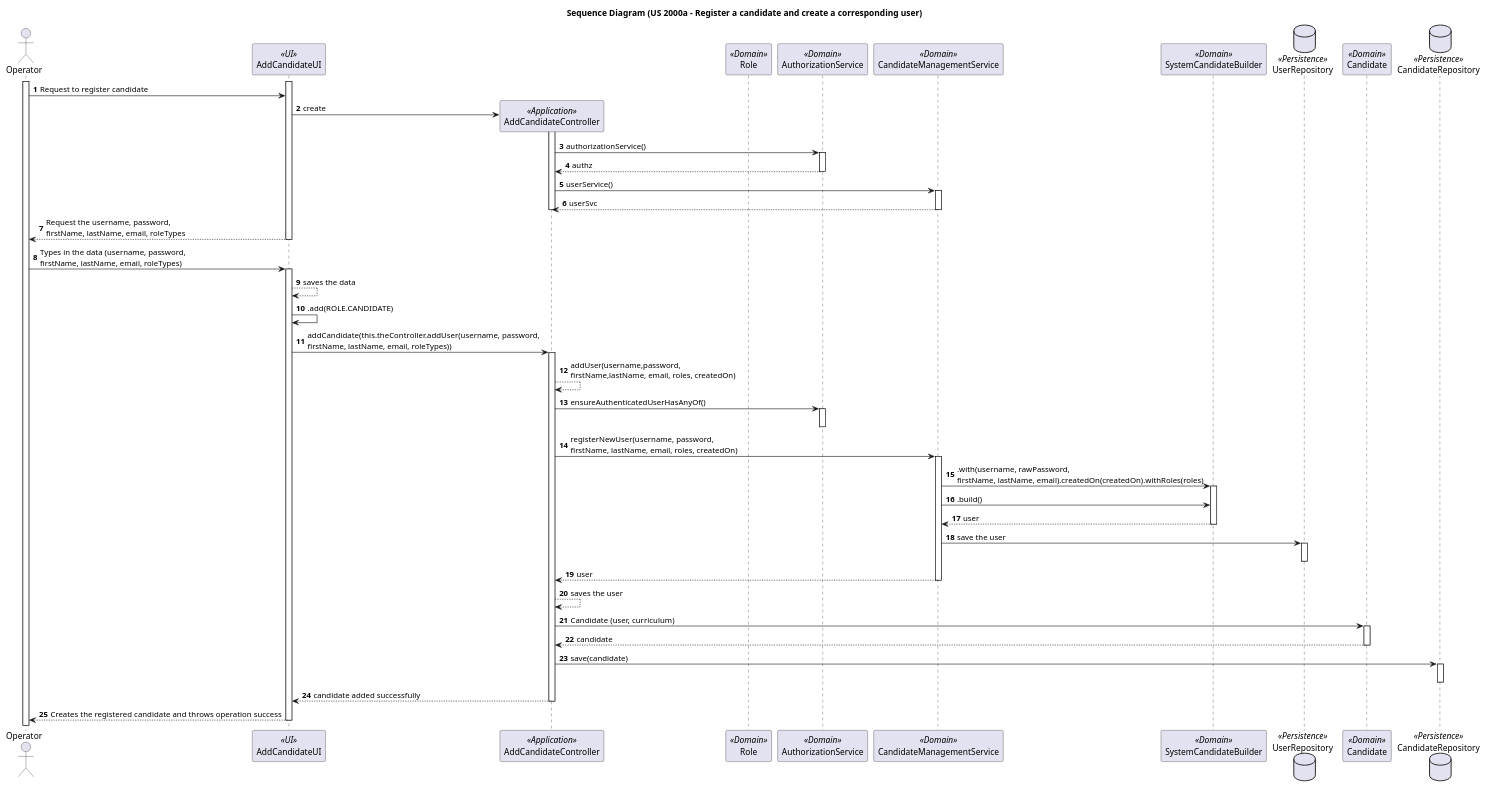
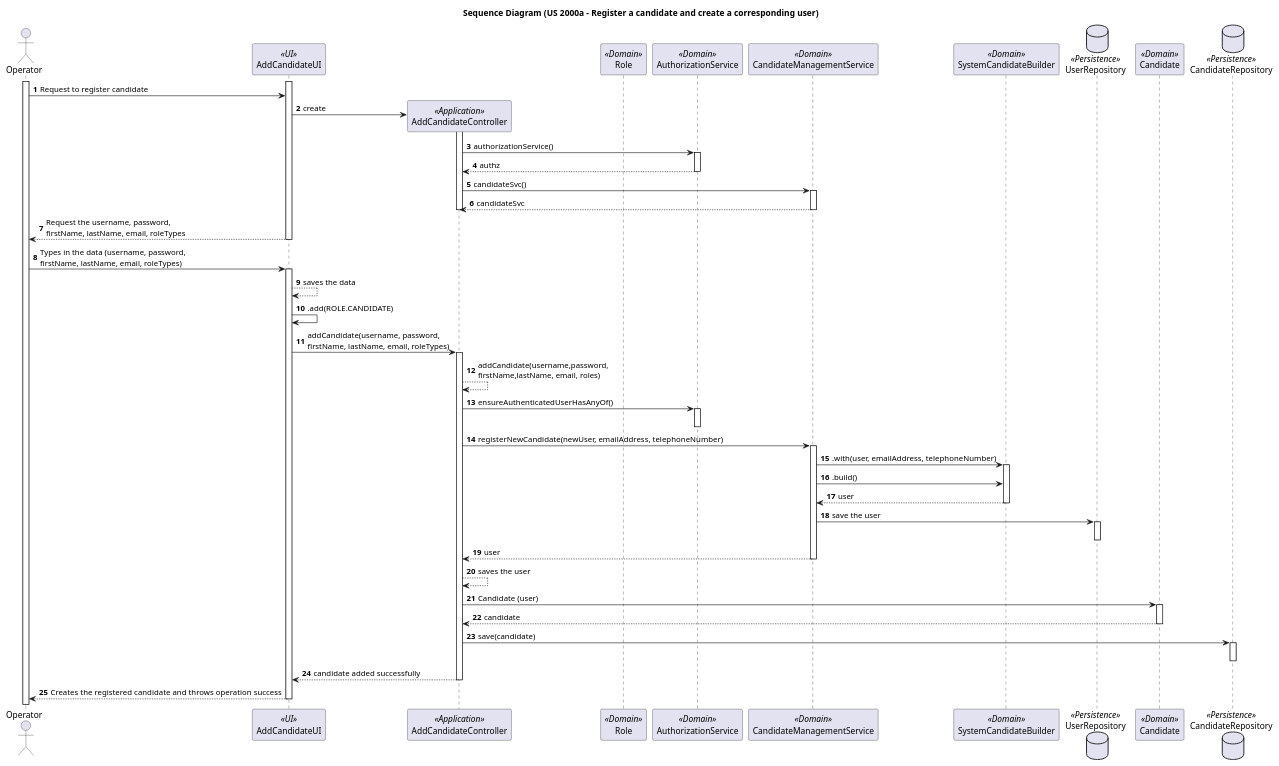
One commit to marcoferreira37/Lapr4 changed the diagram in docs/sprintB/2000a/puml/2000a-sequence-diagram.puml. Above: the diagram before and after it, drawn with PlantUML. The commit also changed 8 other files, not shown here.

Commit message:
#37 sequence diagram done for 2000b (changes yet to be done)

```diff
--- a/docs/sprintB/2000a/puml/2000a-sequence-diagram.puml
+++ b/docs/sprintB/2000a/puml/2000a-sequence-diagram.puml
@@ -1,69 +1,69 @@
 @startuml
 title Sequence Diagram (US 2000a - Register a candidate and create a corresponding user)
 
 autonumber
 actor Operator as Operator
 participant AddCandidateUI as UI <<UI>>
 participant AddCandidateController as CTRL <<Application>>
 participant Role as Role <<Domain>>
 participant AuthorizationService as AS <<Domain>>
 participant CandidateManagementService as UMS <<Domain>>
 participant SystemCandidateBuilder as SUB <<Domain>>
 database UserRepository as URepo <<Persistence>>
 participant Candidate as C <<Domain>>
 database CandidateRepository as CRepo <<Persistence>>
 
 
 activate Operator
 activate UI
 Operator -> UI: Request to register candidate
 
 UI -> CTRL**:create
 activate CTRL
 CTRL -> AS : authorizationService()
 activate AS
 AS --> CTRL: authz
 deactivate AS
-CTRL-> UMS : userService()
+CTRL-> UMS : candidateSvc()
 activate UMS
-UMS-->CTRL: userSvc
+UMS-->CTRL: candidateSvc
 deactivate UMS
 deactivate CTRL
 UI --> Operator: Request the username, password, \nfirstName, lastName, email, roleTypes
 deactivate UI
 Operator -> UI: Types in the data (username, password, \nfirstName, lastName, email, roleTypes)
 activate UI
 UI-->UI : saves the data
 UI-> UI : .add(ROLE.CANDIDATE)
-UI-> CTRL: addCandidate(this.theController.addUser(username, password, \nfirstName, lastName, email, roleTypes))
+UI-> CTRL: addCandidate(username, password, \nfirstName, lastName, email, roleTypes)
 activate CTRL
-CTRL-->CTRL: addUser(username,password, \nfirstName,lastName, email, roles, createdOn)
+CTRL-->CTRL: addCandidate(username,password, \nfirstName,lastName, email, roles)
 CTRL->AS : ensureAuthenticatedUserHasAnyOf()
 activate AS
 deactivate AS
-CTRL-> UMS : registerNewUser(username, password, \nfirstName, lastName, email, roles, createdOn)
+CTRL-> UMS : registerNewCandidate(newUser, emailAddress, telephoneNumber)
 activate UMS
-UMS->SUB: .with(username, rawPassword, \nfirstName, lastName, email).createdOn(createdOn).withRoles(roles)
+UMS->SUB: .with(user, emailAddress, telephoneNumber)
 activate SUB
 UMS-> SUB: .build()
 SUB--> UMS: user
 deactivate SUB
 UMS->URepo: save the user
 activate URepo
 deactivate URepo
 UMS-->CTRL: user
 deactivate UMS
 CTRL-->CTRL: saves the user
-CTRL-> C: Candidate (user, curriculum)
+CTRL-> C: Candidate (user)
 activate C
 C--> CTRL: candidate
 deactivate C
 CTRL->CRepo: save(candidate)
 activate CRepo
 deactivate CRepo
 CTRL-->UI : candidate added successfully
 deactivate CTRL
 UI --> Operator: Creates the registered candidate and throws operation success
 deactivate UI
 
 @enduml
```
